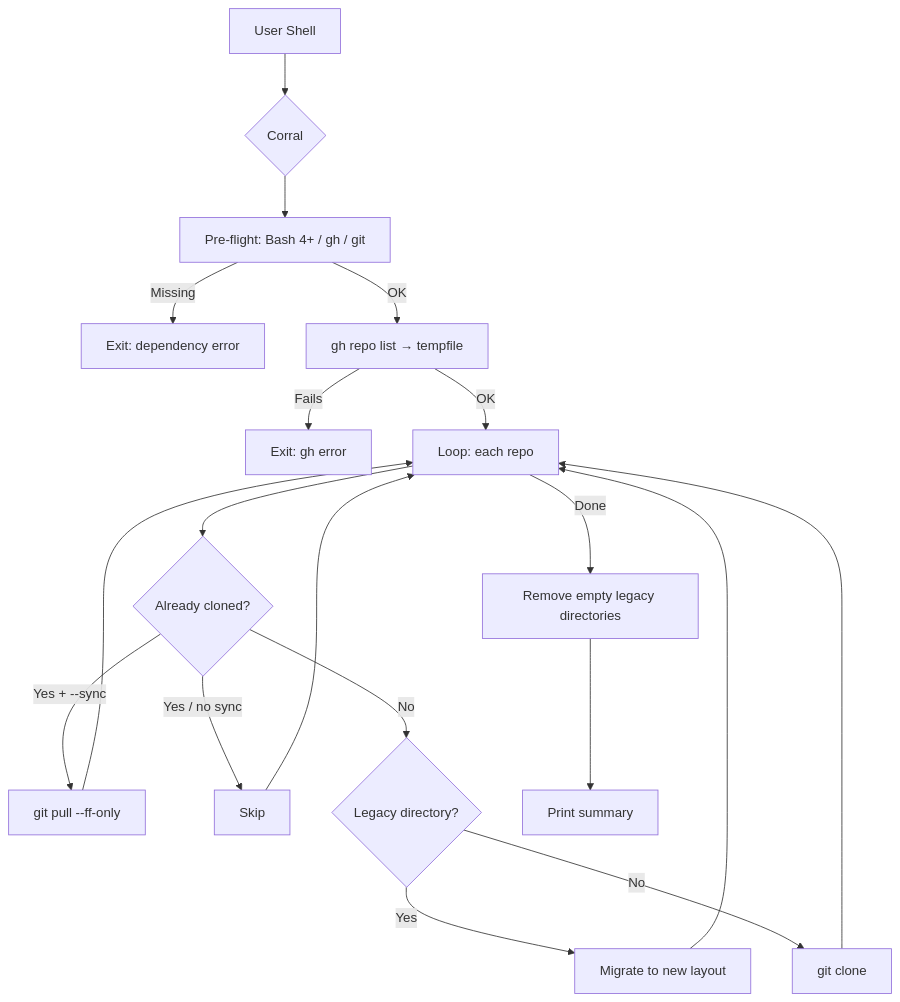
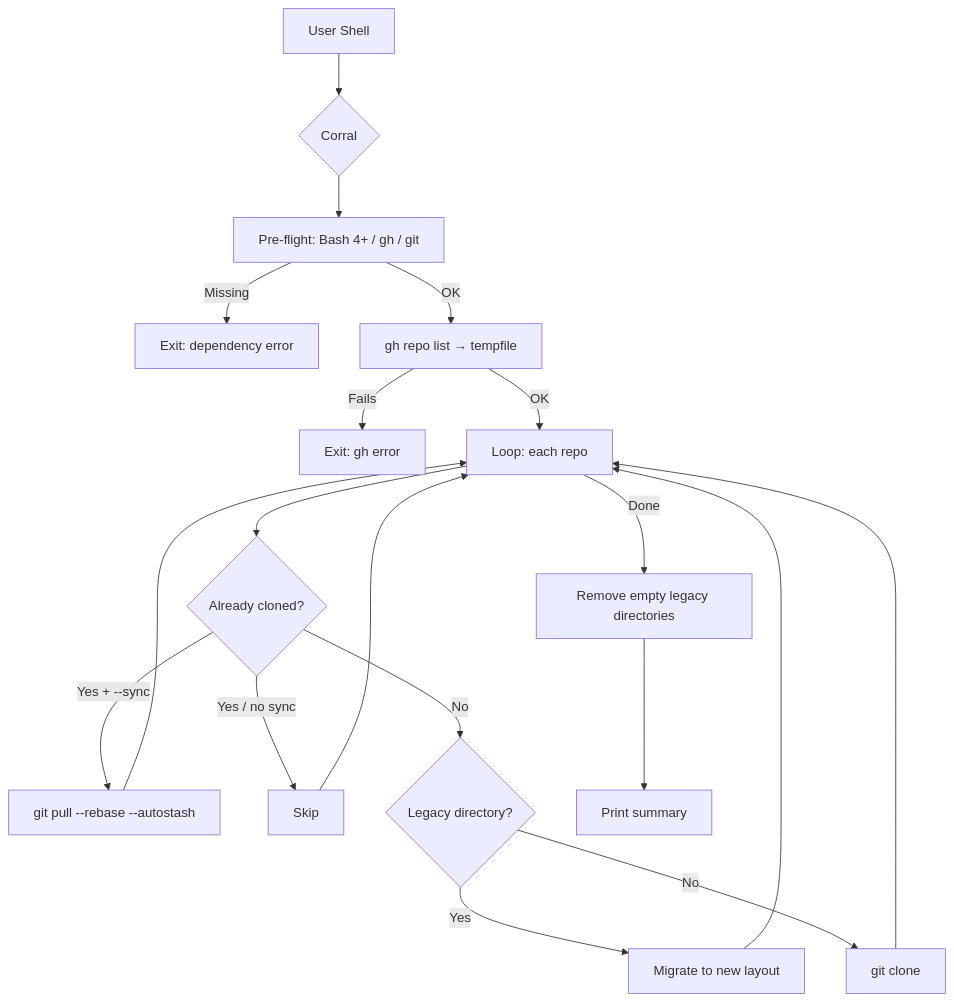
Before and after one commit to sebastienrousseau/corral: the diagram in README.md, drawn with Mermaid. The commit also changed other lines of this file and 8 other files, not shown here.

````diff
--- a/README.md
+++ b/README.md
@@ -110,18 +110,18 @@
 ```mermaid
 graph TD
     A[User Shell] --> B{Corral}
     B --> C[Pre-flight: Bash 4+ / gh / git]
     C -- Missing --> Z1[Exit: dependency error]
     C -- OK --> D[gh repo list → tempfile]
     D -- Fails --> Z2[Exit: gh error]
     D -- OK --> E[Loop: each repo]
     E --> F{Already cloned?}
-    F -- "Yes + --sync" --> G1[git pull --ff-only]
+    F -- "Yes + --sync" --> G1[git pull --rebase --autostash]
     F -- "Yes / no sync" --> G2[Skip]
     F -- No --> H{Legacy directory?}
     H -- Yes --> I[Migrate to new layout]
     H -- No --> J[git clone]
     G1 & G2 & I & J --> E
     E -- Done --> K[Remove empty legacy directories]
     K --> L[Print summary]
 ```
````
